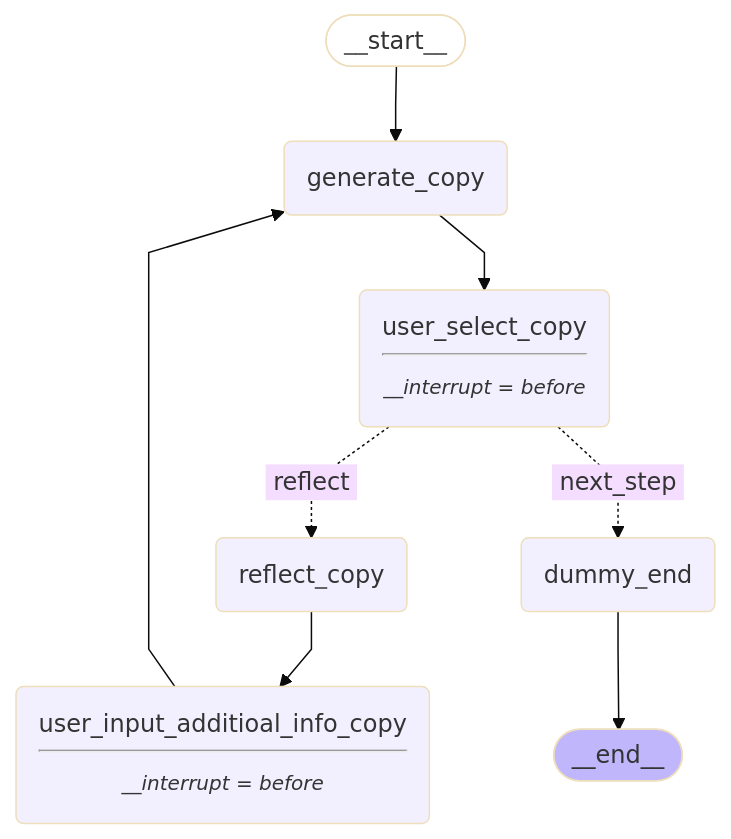
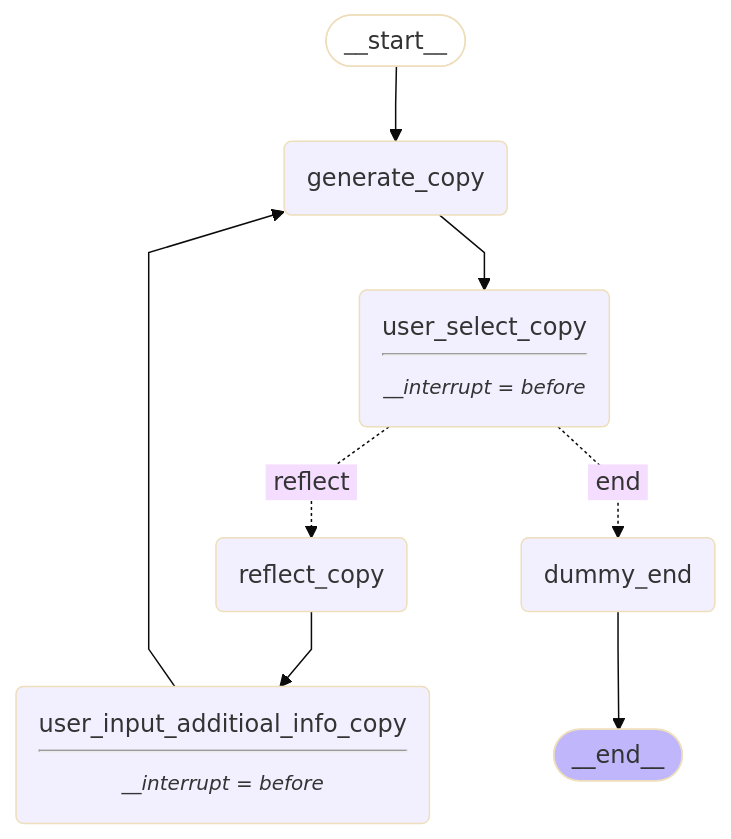
One commit to yamato0811/streamlit-langgraph-HITL-copy-generator changed the diagram in src/graph.md. Above: the diagram before and after it, drawn with Mermaid (base theme).

Commit message:
update graph

````diff
--- a/src/graph.md
+++ b/src/graph.md
@@ -1,21 +1,21 @@
 ```mermaid
 %%{init: {'flowchart': {'curve': 'linear'}}}%%
 graph TD;
 	__start__([<p>__start__</p>]):::first
 	generate_copy(generate_copy)
 	user_select_copy(user_select_copy<hr/><small><em>__interrupt = before</em></small>)
 	reflect_copy(reflect_copy)
 	user_input_additioal_info_copy(user_input_additioal_info_copy<hr/><small><em>__interrupt = before</em></small>)
 	dummy_end(dummy_end)
 	__end__([<p>__end__</p>]):::last
 	__start__ --> generate_copy;
 	dummy_end --> __end__;
 	generate_copy --> user_select_copy;
 	reflect_copy --> user_input_additioal_info_copy;
 	user_input_additioal_info_copy --> generate_copy;
 	user_select_copy -. &nbsp;reflect&nbsp; .-> reflect_copy;
-	user_select_copy -. &nbsp;next_step&nbsp; .-> dummy_end;
+	user_select_copy -. &nbsp;end&nbsp; .-> dummy_end;
 	classDef default fill:#f2f0ff,line-height:1.2
 	classDef first fill-opacity:0
 	classDef last fill:#bfb6fc
 ```
````
